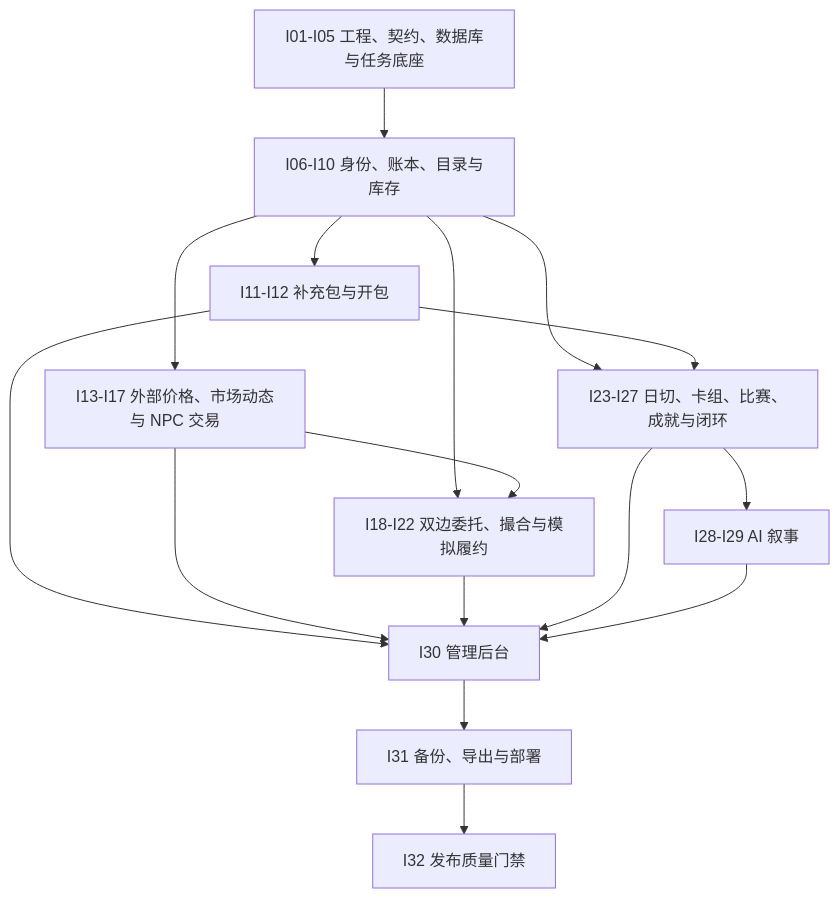
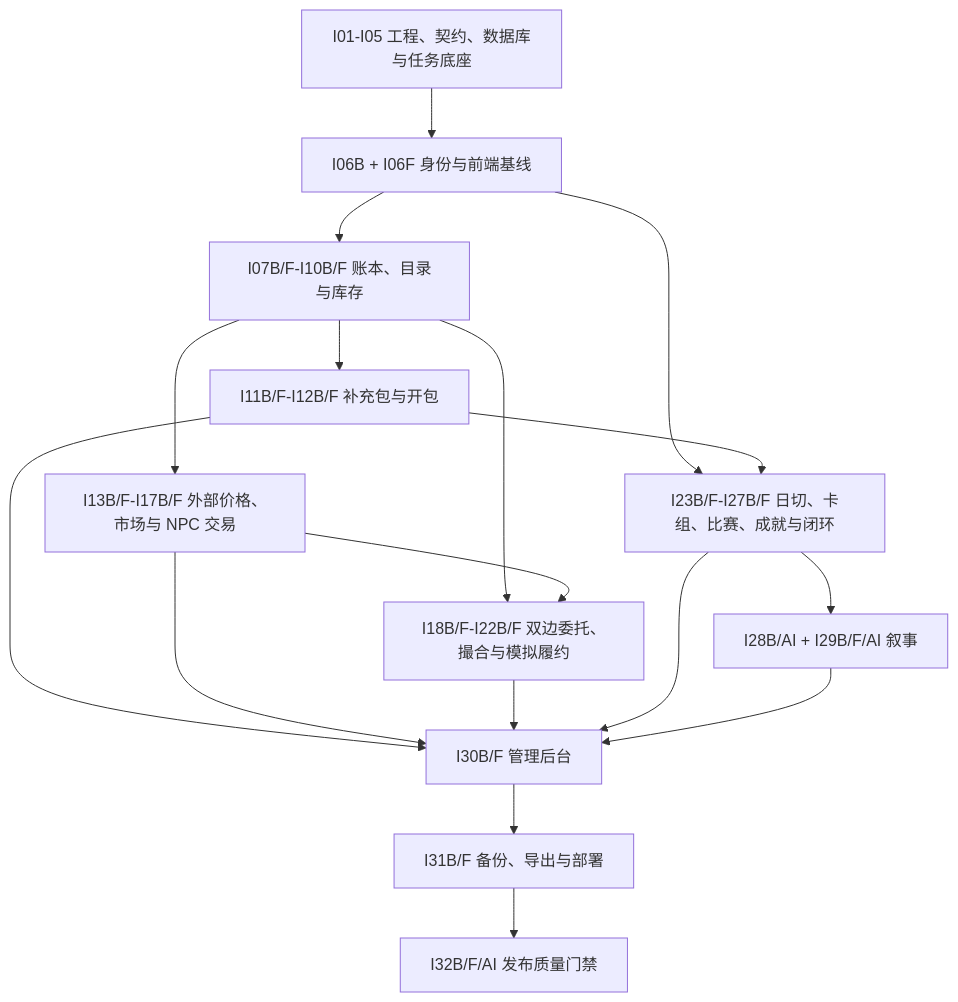
The diagram in 完整项目迭代实施计划与检查清单.md (Xu-Morgen/mtgMarketSimulater), drawn with Mermaid before and after one commit. The commit also changed other lines of this file and 18 other files, not shown here.

````diff
--- a/完整项目迭代实施计划与检查清单.md
+++ b/完整项目迭代实施计划与检查清单.md
@@ -20,18 +20,19 @@
 ```mermaid
 flowchart TD
-  A[I01-I05 工程、契约、数据库与任务底座] --> B[I06-I10 身份、账本、目录与库存]
-  B --> C[I11-I12 补充包与开包]
-  B --> D[I13-I17 外部价格、市场动态与 NPC 交易]
-  B --> E[I18-I22 双边委托、撮合与模拟履约]
+  A[I01-I05 工程、契约、数据库与任务底座] --> B[I06B + I06F 身份与前端基线]
+  B --> B2[I07B/F-I10B/F 账本、目录与库存]
+  B2 --> C[I11B/F-I12B/F 补充包与开包]
+  B2 --> D[I13B/F-I17B/F 外部价格、市场与 NPC 交易]
+  B2 --> E[I18B/F-I22B/F 双边委托、撮合与模拟履约]
   D --> E
-  B --> F[I23-I27 日切、卡组、比赛、成就与闭环]
+  B --> F[I23B/F-I27B/F 日切、卡组、比赛、成就与闭环]
   C --> F
-  F --> G[I28-I29 AI 叙事]
-  C --> H[I30 管理后台]
+  F --> G[I28B/AI + I29B/F/AI 叙事]
+  C --> H[I30B/F 管理后台]
   D --> H
   E --> H
   F --> H
   G --> H
-  H --> I[I31 备份、导出与部署]
-  I --> J[I32 发布质量门禁]
+  H --> I[I31B/F 备份、导出与部署]
+  I --> J[I32B/F/AI 发布质量门禁]
 ```
````
